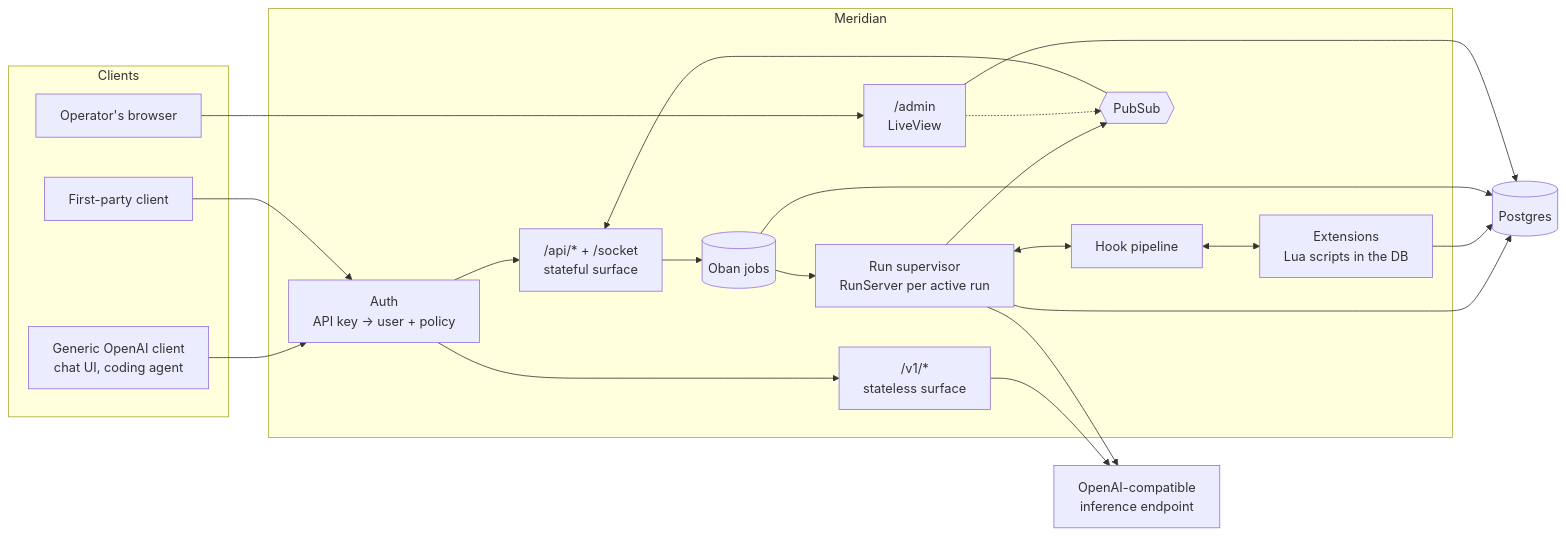
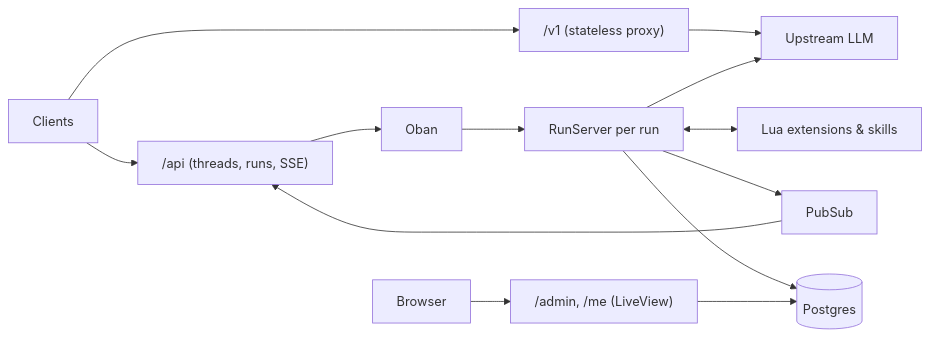
Before and after one commit to AlbinDalbert/meridian: the diagram in docs/design.md, drawn with Mermaid. The commit also changed other lines of this file and 2 other files, not shown here.

````diff
--- a/docs/design.md
+++ b/docs/design.md
@@ -59,35 +36,10 @@
 ```mermaid
 flowchart LR
-    subgraph Clients
-        C1[Generic OpenAI client<br/>chat UI, coding agent]
-        C2[First-party client]
-        C3[Operator's browser]
-    end
-
-    subgraph Meridian
-        Admin["/admin<br/>LiveView"]
-        Auth[Auth<br/>API key → user + policy]
-        Compat["/v1/* <br/>stateless surface"]
-        Native["/api/* + /socket <br/>stateful surface"]
-        Runs[Run supervisor<br/>RunServer per active run]
-        Hooks[Hook pipeline]
-        Ext[Extensions<br/>Lua scripts in the DB]
-        Oban[(Oban jobs)]
-        PubSub{{PubSub}}
-    end
-
-    DB[(Postgres)]
-    LLM[OpenAI-compatible<br/>inference endpoint]
-
-    C1 --> Auth --> Compat --> LLM
-    C2 --> Auth --> Native
-    Native --> Oban --> Runs
-    Runs <--> Hooks <--> Ext
-    Runs --> LLM
-    Runs --> PubSub --> Native
-    Runs --> DB
-    Ext --> DB
-    Oban --> DB
-    C3 --> Admin --> DB
-    Admin -.-> PubSub
+    Clients --> V1["/v1 (stateless proxy)"] --> LLM[Upstream LLM]
+    Clients --> API["/api (threads, runs, SSE)"] --> Oban --> RS[RunServer per run]
+    RS <--> Ext[Lua extensions & skills]
+    RS --> LLM
+    RS --> PubSub --> API
+    RS --> DB[(Postgres)]
+    Browser --> Admin["/admin, /me (LiveView)"] --> DB
 ```
````
